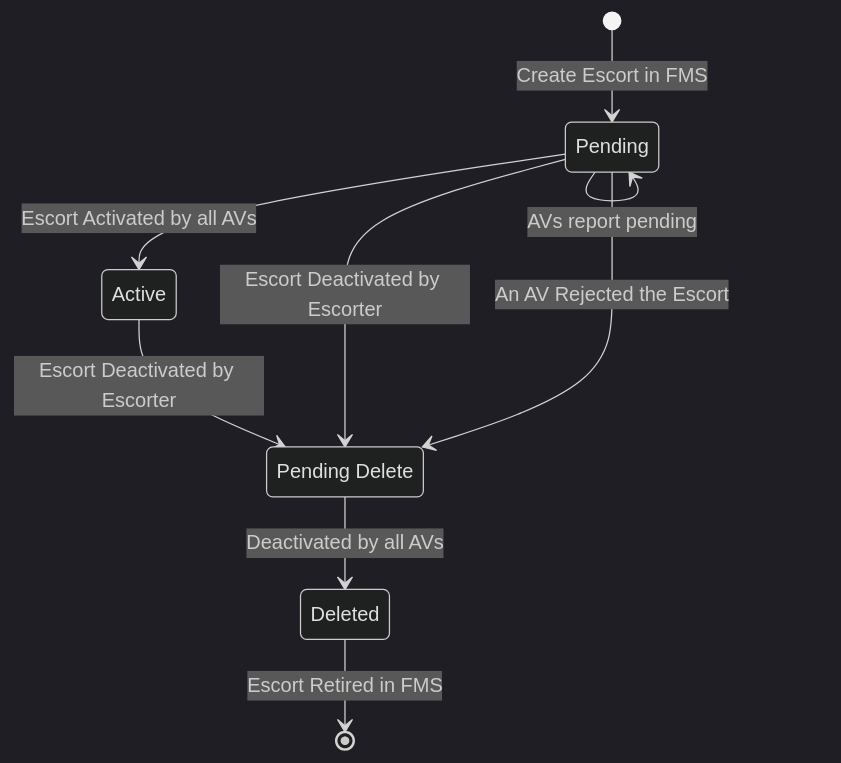
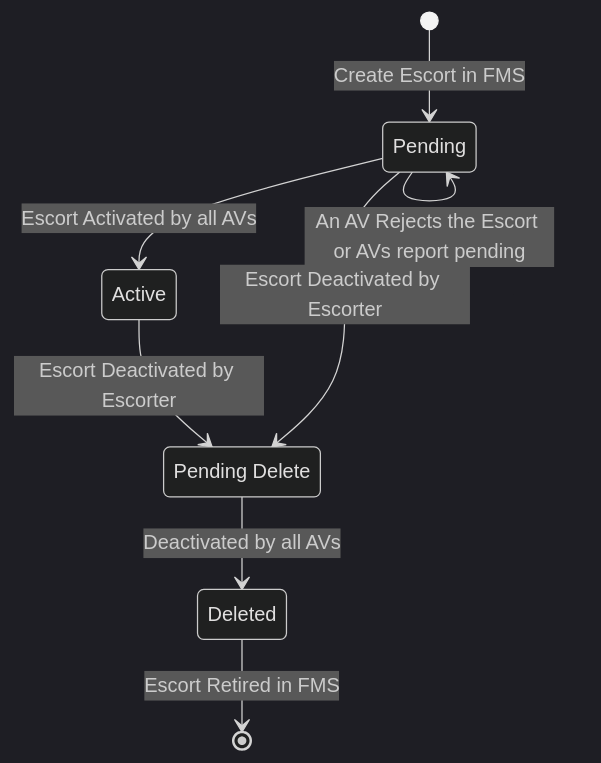
One commit to open-autonomy/escort changed the first of 2 diagrams in README.md. Above: the diagram before and after it, drawn with Mermaid (dark theme). The commit also changed other lines of this file and 15 other files, not shown here.

Commit message:
linking and state diagram updates

````diff
--- a/README.md
+++ b/README.md
@@ -140,16 +140,15 @@
 ```mermaid
 stateDiagram-v2
 state "Pending" as p
 state "Pending Delete" as pd
 state "Active" as a
 state "Deleted" as d
 
 [*] --> p : Create Escort in FMS
-p --> p : AVs report pending
 p --> a : Escort Activated by all AVs
 a --> pd : Escort Deactivated by Escorter
 p --> pd : Escort Deactivated by Escorter
-p --> pd : An AV Rejected the Escort
+p --> p : An AV Rejects the Escort or AVs report pending
 pd --> d : Deactivated by all AVs
 d --> [*] : Escort Retired in FMS
 ```
````
